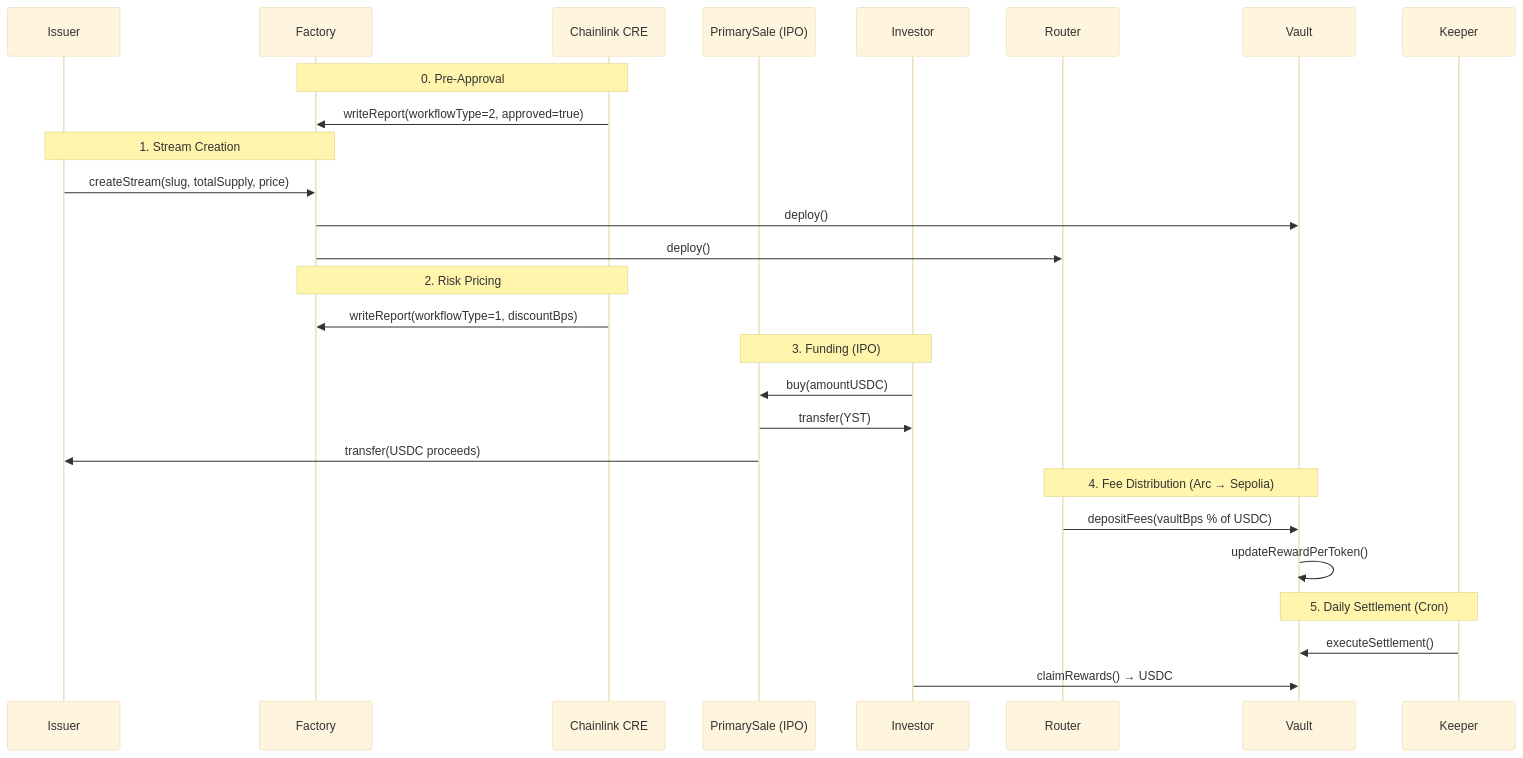
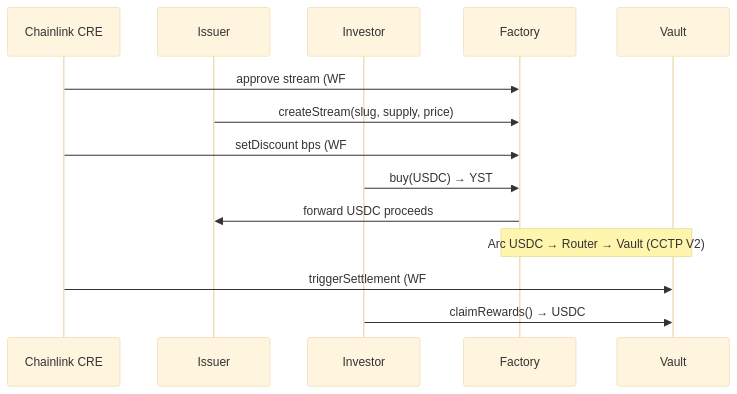
Before and after one commit to Mariussgal/ETH-GLOBAL-CANNES-2026: the second of 2 diagrams in README.md, drawn with Mermaid (base theme). The commit also changed other lines of this file, not shown here.

First line of the commit message:
Refactor architecture diagram in README.md for clarity

````diff
--- a/README.md
+++ b/README.md
@@ -90,35 +70,17 @@
 ```mermaid
 sequenceDiagram
+    participant CRE as Chainlink CRE
     participant Issuer
+    participant Investor
     participant Factory
-    participant CRE as Chainlink CRE
-    participant Primary as PrimarySale (IPO)
-    participant Investor
-    participant Router
     participant Vault
-    participant Keeper
 
-    Note over CRE,Factory: 0. Pre-Approval
-    CRE->>Factory: writeReport(workflowType=2, approved=true)
-
-    Note over Issuer,Factory: 1. Stream Creation
-    Issuer->>Factory: createStream(slug, totalSupply, price)
-    Factory->>Vault: deploy()
-    Factory->>Router: deploy()
-
-    Note over CRE,Factory: 2. Risk Pricing
-    CRE->>Factory: writeReport(workflowType=1, discountBps)
-
-    Note over Investor,Primary: 3. Funding (IPO)
-    Investor->>Primary: buy(amountUSDC)
-    Primary->>Investor: transfer(YST)
-    Primary->>Issuer: transfer(USDC proceeds)
-
-    Note over Router,Vault: 4. Fee Distribution (Arc → Sepolia)
-    Router->>Vault: depositFees(vaultBps % of USDC)
-    Vault->>Vault: updateRewardPerToken()
-
-    Note over Keeper,Vault: 5. Daily Settlement (Cron)
-    Keeper->>Vault: executeSettlement()
+    CRE->>Factory: approve stream (WF#2)
+    Issuer->>Factory: createStream(slug, supply, price)
+    CRE->>Factory: setDiscount bps (WF#1)
+    Investor->>Factory: buy(USDC) → YST
+    Factory->>Issuer: forward USDC proceeds
+    Note over Factory,Vault: Arc USDC → Router → Vault (CCTP V2)
+    CRE->>Vault: triggerSettlement (WF#3, daily)
     Investor->>Vault: claimRewards() → USDC
 ```
````
